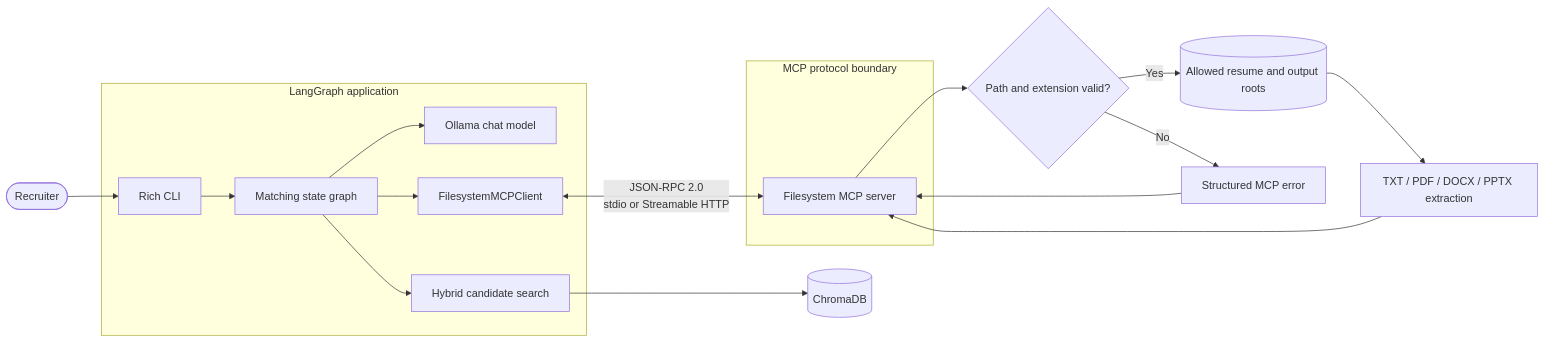
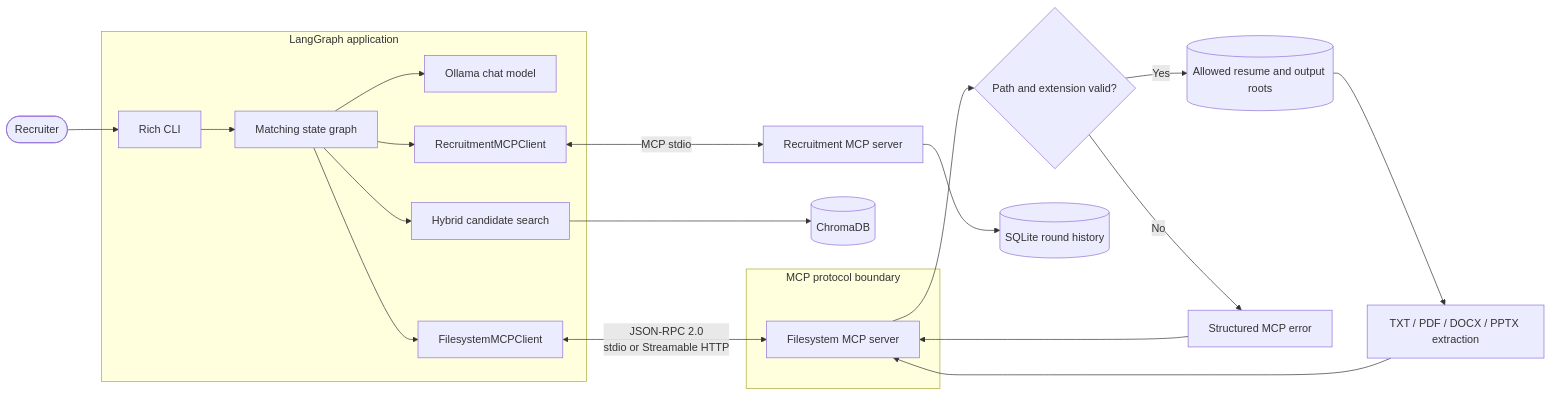
Before and after one commit to baigny/MCP-Integration: the first of 6 diagrams in docs/state_machine.md, drawn with Mermaid. The commit also changed 8 other files, not shown here.

```diff
--- a/docs/state_machine.md
+++ b/docs/state_machine.md
@@ -7,24 +7,27 @@
 ~~~mermaid
 flowchart LR
     User([Recruiter]) --> CLI[Rich CLI]
 
     subgraph Agent[LangGraph application]
         CLI --> Graph[Matching state graph]
         Graph --> LLM[Ollama chat model]
         Graph --> Search[Hybrid candidate search]
         Graph --> Client[FilesystemMCPClient]
+        Graph --> AuditClient[RecruitmentMCPClient]
     end
 
     Search --> Chroma[(ChromaDB)]
 
     subgraph Protocol[MCP protocol boundary]
         Client <-->|JSON-RPC 2.0<br/>stdio or Streamable HTTP| Server[Filesystem MCP server]
     end
 
     Server --> Guard{Path and extension valid?}
     Guard -->|Yes| Files[(Allowed resume and output roots)]
     Guard -->|No| Error[Structured MCP error]
     Files --> Extract[TXT / PDF / DOCX / PPTX extraction]
     Extract --> Server
     Error --> Server
+    AuditClient <-->|MCP stdio| AuditServer[Recruitment MCP server]
+    AuditServer --> SQLite[(SQLite round history)]
 ~~~
```
